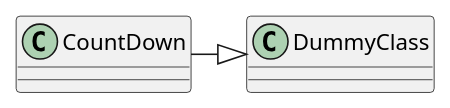
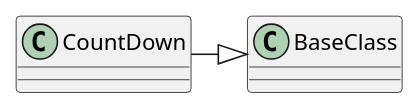
Before and after one commit to russell-n/theape: the second of 2 diagrams in ape/parts/countdown/countdown.rst, drawn with PlantUML. The commit also changed other lines of this file and 42 other files, not shown here.

```diff
--- a/ape/parts/countdown/countdown.rst
+++ b/ape/parts/countdown/countdown.rst
@@ -10,3 +69,3 @@
 .. uml::
 
-   CountDown -|> DummyClass
+   CountDown -|> BaseClass
```
